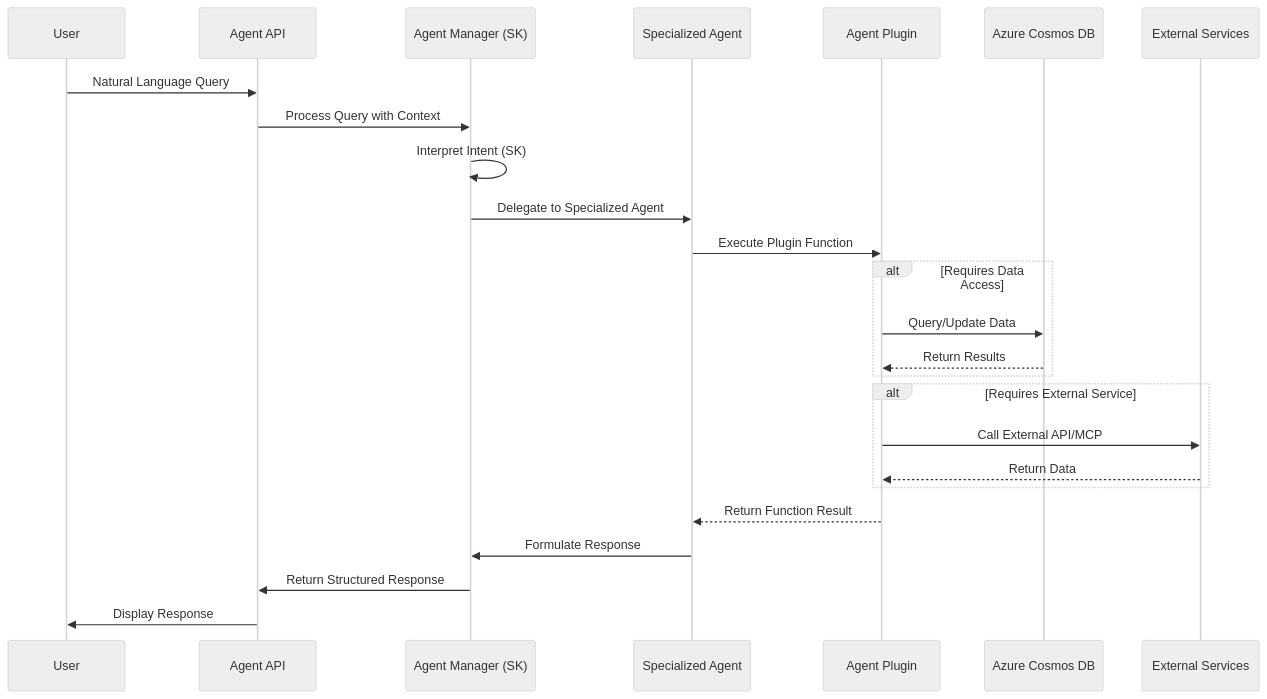
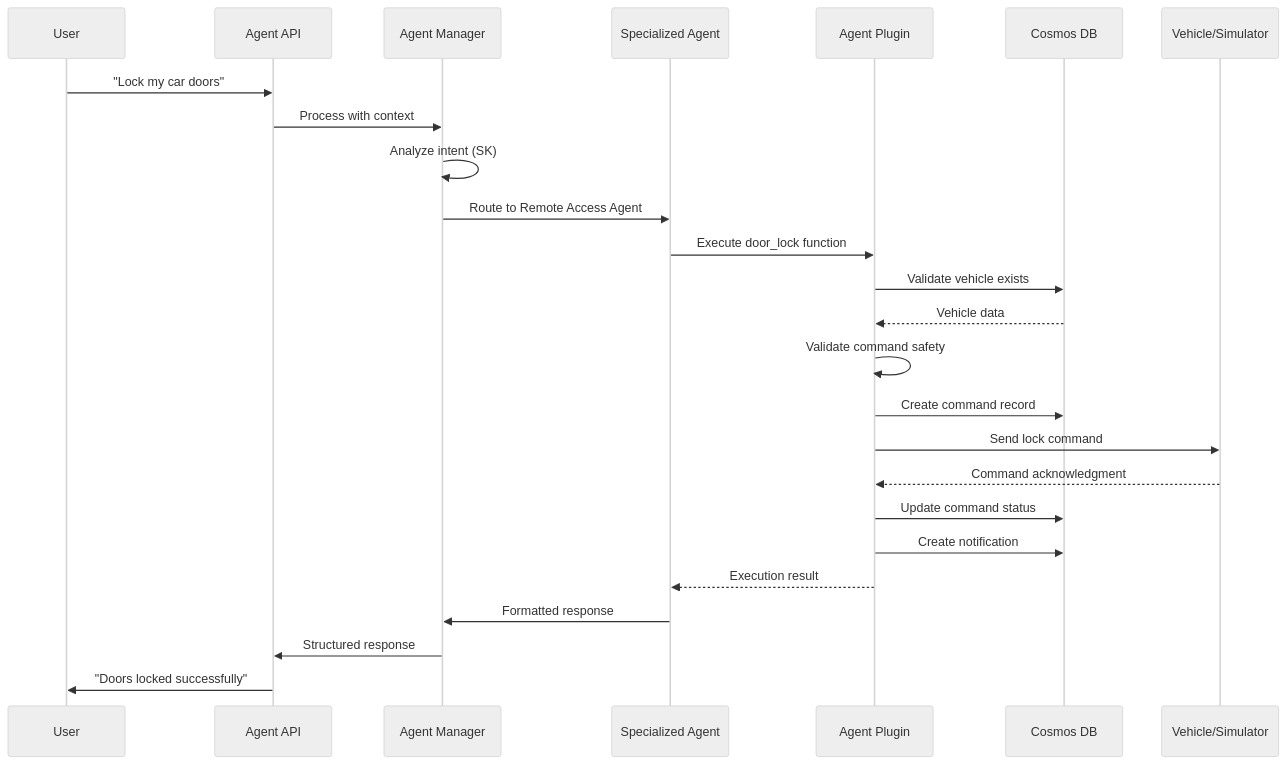
The second of 2 diagrams in README.md (kimtth/agentic-connected-vehicle-platform), drawn with Mermaid (neutral theme) before and after one commit. The commit also changed other lines of this file and 16 other files, not shown here.

````diff
--- a/README.md
+++ b/README.md
@@ -84,31 +135,30 @@
 ```mermaid
 sequenceDiagram
     participant User
-    participant API as Agent API
-    participant Manager as Agent Manager (SK)
+    participant AgentAPI as Agent API
+    participant Manager as Agent Manager
     participant Agent as Specialized Agent
     participant Plugin as Agent Plugin
-    participant Cosmos as Azure Cosmos DB
-    participant External as External Services
+    participant Cosmos as Cosmos DB
+    participant Vehicle as Vehicle/Simulator
     
-    User->>API: Natural Language Query
-    API->>Manager: Process Query with Context
-    Manager->>Manager: Interpret Intent (SK)
-    Manager->>Agent: Delegate to Specialized Agent
-    Agent->>Plugin: Execute Plugin Function
+    User->>AgentAPI: "Lock my car doors"
+    AgentAPI->>Manager: Process with context
+    Manager->>Manager: Analyze intent (SK)
+    Manager->>Agent: Route to Remote Access Agent
+    Agent->>Plugin: Execute door_lock function
     
-    alt Requires Data Access
-        Plugin->>Cosmos: Query/Update Data
-        Cosmos-->>Plugin: Return Results
-    end
+    Plugin->>Cosmos: Validate vehicle exists
+    Cosmos-->>Plugin: Vehicle data
+    Plugin->>Plugin: Validate command safety
+    Plugin->>Cosmos: Create command record
+    Plugin->>Vehicle: Send lock command
+    Vehicle-->>Plugin: Command acknowledgment
+    Plugin->>Cosmos: Update command status
+    Plugin->>Cosmos: Create notification
     
-    alt Requires External Service
-        Plugin->>External: Call External API/MCP
-        External-->>Plugin: Return Data
-    end
-    
-    Plugin-->>Agent: Return Function Result
-    Agent->>Manager: Formulate Response
-    Manager->>API: Return Structured Response
-    API->>User: Display Response
+    Plugin-->>Agent: Execution result
+    Agent->>Manager: Formatted response
+    Manager->>AgentAPI: Structured response
+    AgentAPI->>User: "Doors locked successfully"
 ```
````
